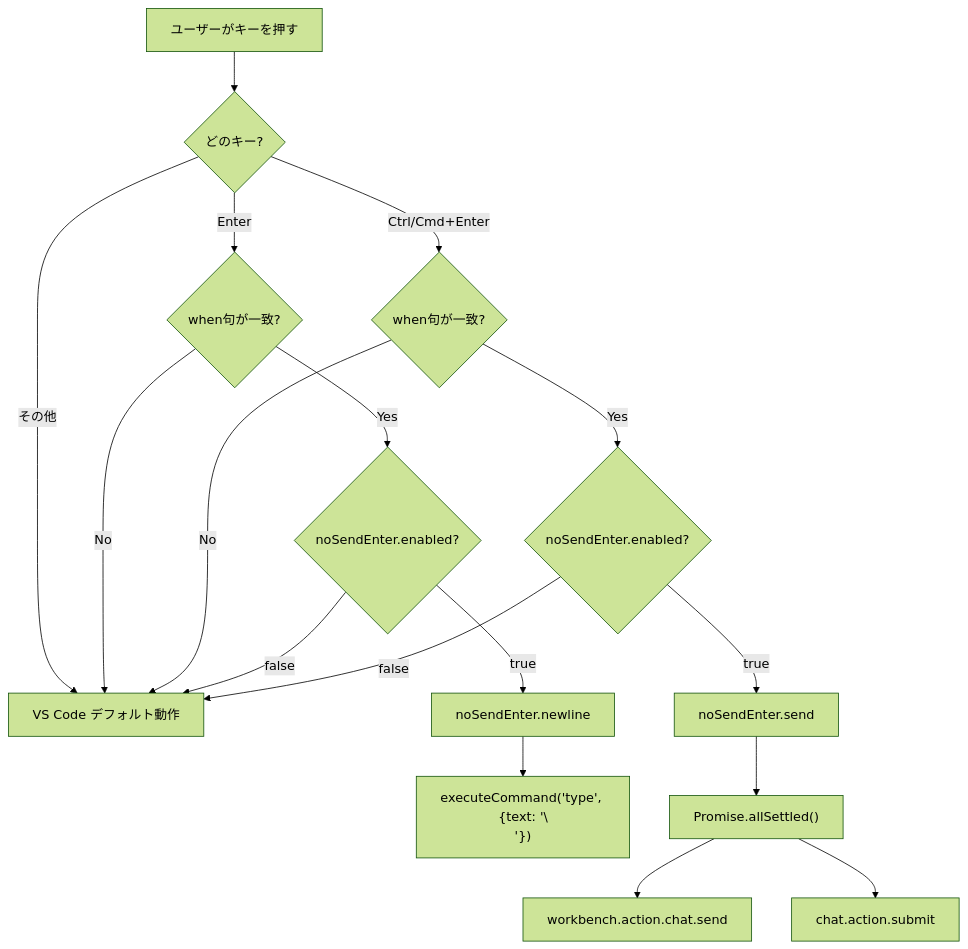
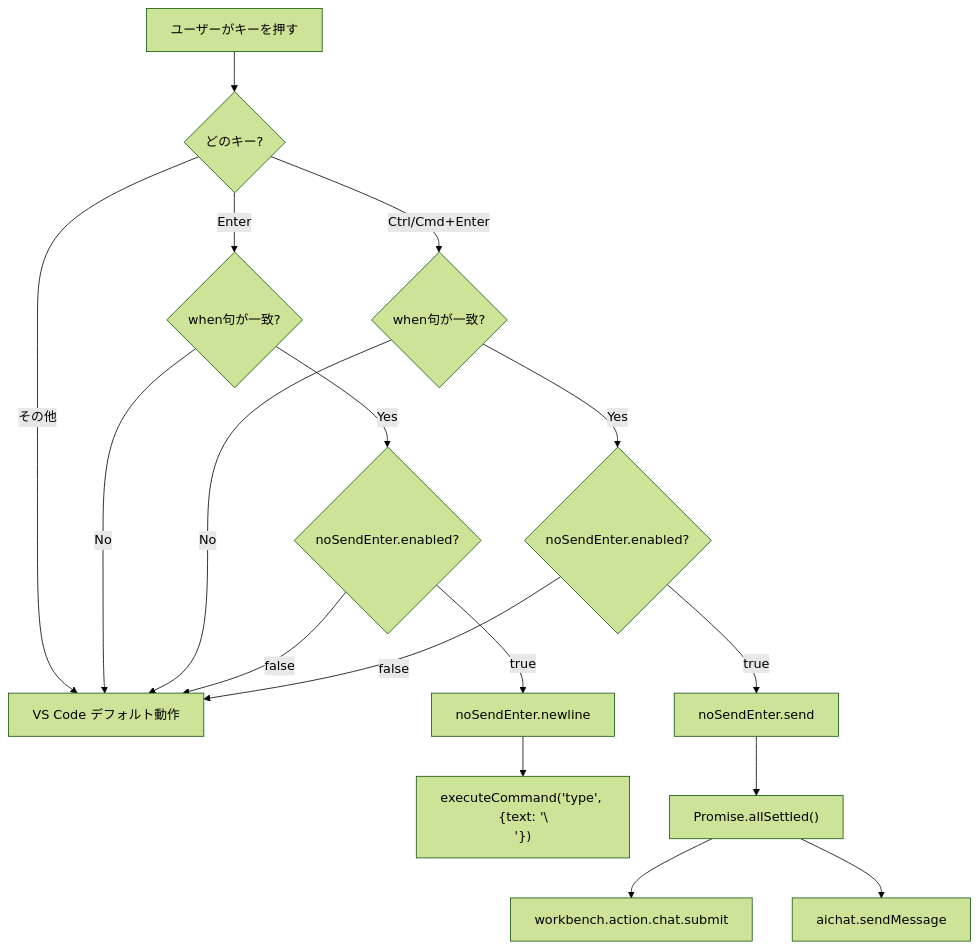
The first of 3 diagrams in ARCHITECTURE.md (kimura512/no-send-enter), drawn with Mermaid (forest theme) before and after one commit. The commit also changed other lines of this file and 8 other files, not shown here.

Commit message:
feat: Update chat command IDs and `when` conditions for `inlineChat` and `aichat` contexts, disable TypeScript declaration generation, and add new documentation files.

````diff
--- a/ARCHITECTURE.md
+++ b/ARCHITECTURE.md
@@ -20,22 +20,22 @@
 ```mermaid
 flowchart TD
     A[ユーザーがキーを押す] --> B{どのキー?}
     B -->|Enter| C{when句が一致?}
     B -->|Ctrl/Cmd+Enter| D{when句が一致?}
     B -->|その他| E[VS Code デフォルト動作]
 
     C -->|Yes| F{noSendEnter.enabled?}
     C -->|No| E
     D -->|Yes| G{noSendEnter.enabled?}
     D -->|No| E
 
     F -->|true| H[noSendEnter.newline]
     F -->|false| E
     G -->|true| I[noSendEnter.send]
     G -->|false| E
 
     H --> J["executeCommand('type', {text: '\\n'})"]
     I --> K["Promise.allSettled()"]
-    K --> L[workbench.action.chat.send]
-    K --> M[chat.action.submit]
+    K --> L[workbench.action.chat.submit]
+    K --> M[aichat.sendMessage]
 ```
````
